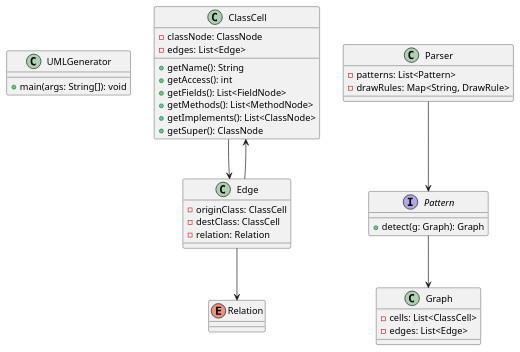
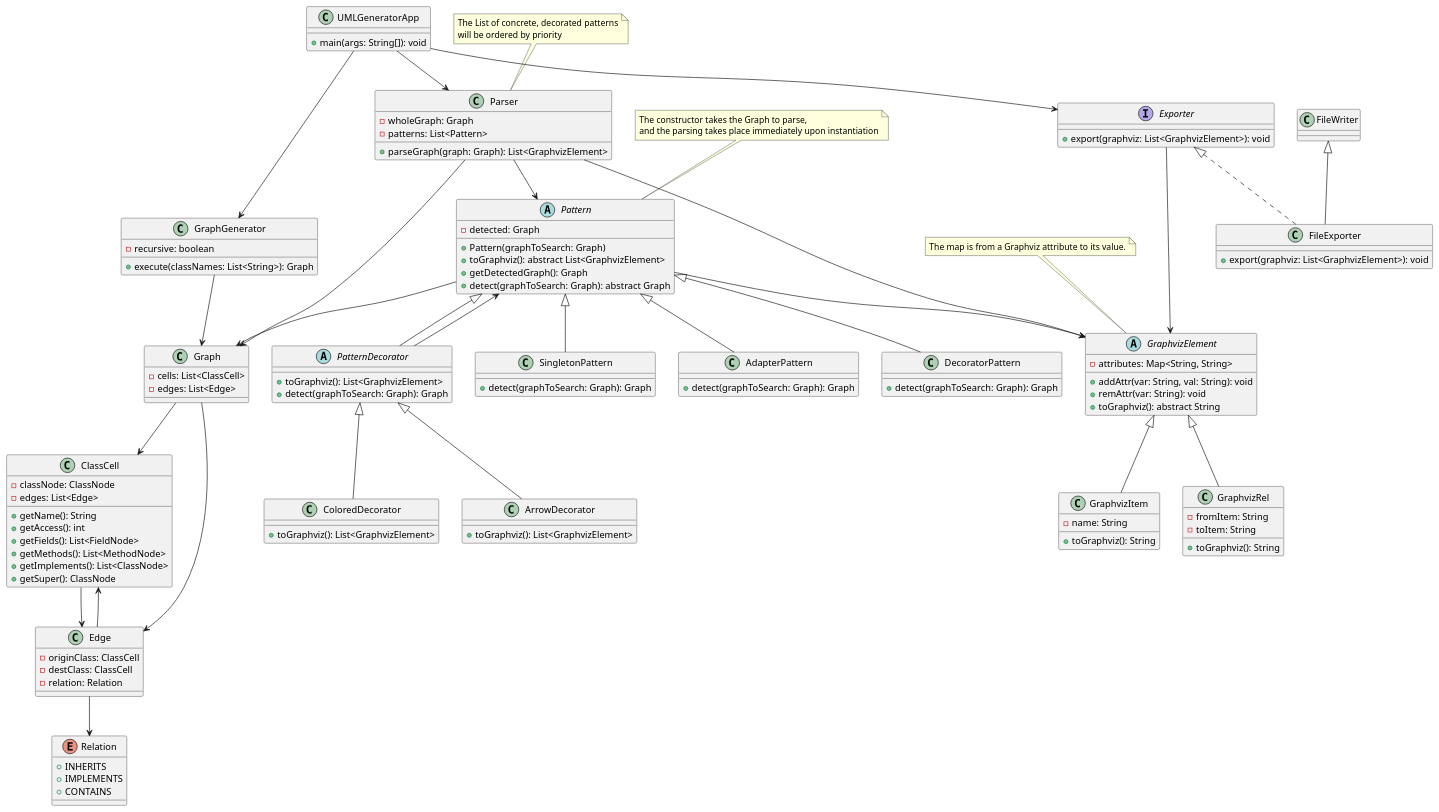
Before and after one commit to kgroble/uml-generator: the diagram in uml.puml, drawn with PlantUML. The commit also changed 1 other file, not shown here.

Commit message:
Finished first complete draft of UML.

```diff
--- a/uml.puml
+++ b/uml.puml
@@ -1,47 +1,128 @@
 @startuml
-class UMLGenerator {
+class UMLGeneratorApp {
 + main(args: String[]): void
+}
+
+class GraphGenerator {
+- recursive: boolean
++ execute(classNames: List<String>): Graph
 }
 
 class ClassCell {
 - classNode: ClassNode
 - edges: List<Edge>
 
 + getName(): String
 + getAccess(): int
 + getFields(): List<FieldNode>
 + getMethods(): List<MethodNode>
 + getImplements(): List<ClassNode>
 + getSuper(): ClassNode
 }
 
 class Edge {
 - originClass: ClassCell
 - destClass: ClassCell
 - relation: Relation
 }
 
+note "The List of concrete, decorated patterns\nwill be ordered by priority" as NParser
 class Parser {
+- wholeGraph: Graph
 - patterns: List<Pattern>
-- drawRules: Map<String, DrawRule>
++ parseGraph(graph: Graph): List<GraphvizElement>
 }
+
+NParser .. Parser
 
 class Graph {
 - cells: List<ClassCell>
 - edges: List<Edge>
 }
 
-interface Pattern {
-+ detect(g: Graph): Graph
+note "The constructor takes the Graph to parse,\nand the parsing takes place immediately upon instantiation" as NPattern
+abstract class Pattern {
+- detected: Graph
++ Pattern(graphToSearch: Graph)
++ toGraphviz(): abstract List<GraphvizElement>
++ getDetectedGraph(): Graph
++ detect(graphToSearch: Graph): abstract Graph
+}
+NPattern .. Pattern
+
+abstract class PatternDecorator extends Pattern {
++ toGraphviz(): List<GraphvizElement>
++ detect(graphToSearch: Graph): Graph
+}
+
+class ColoredDecorator extends PatternDecorator {
++ toGraphviz(): List<GraphvizElement>
+}
+
+class ArrowDecorator extends PatternDecorator {
++ toGraphviz(): List<GraphvizElement>
+}
+
+class SingletonPattern extends Pattern {
++ detect(graphToSearch: Graph): Graph
+}
+
+class AdapterPattern extends Pattern {
++ detect(graphToSearch: Graph): Graph
+}
+
+class DecoratorPattern extends Pattern {
++ detect(graphToSearch: Graph): Graph
 }
 
 enum Relation {
++ INHERITS
++ IMPLEMENTS
++ CONTAINS
 }
 
+note "The map is from a Graphviz attribute to its value." as NGraphvizElement
+abstract class GraphvizElement {
+- attributes: Map<String, String>
++ addAttr(var: String, val: String): void
++ remAttr(var: String): void
++ toGraphviz(): abstract String
+}
+NGraphvizElement .. GraphvizElement
+
+class GraphvizItem extends GraphvizElement {
+- name: String
++ toGraphviz(): String
+}
+
+class GraphvizRel extends GraphvizElement {
+- fromItem: String
+- toItem: String
++ toGraphviz(): String
+}
+
+interface Exporter {
++ export(graphviz: List<GraphvizElement>): void
+}
+
+class FileExporter extends FileWriter implements Exporter {
++ export(graphviz: List<GraphvizElement>): void
+}
+
+UMLGeneratorApp --> GraphGenerator
+UMLGeneratorApp --> Parser
+UMLGeneratorApp --> Exporter
+GraphGenerator --> Graph
 ClassCell --> Edge
 Edge --> ClassCell
 Edge --> Relation
 Parser --> Pattern
 Pattern --> Graph
-
+PatternDecorator --> Pattern
+Pattern --> GraphvizElement
+Graph --> ClassCell
+Graph --> Edge
+Parser --> Graph
+Parser --> GraphvizElement
+Exporter --> GraphvizElement
 @enduml
```
